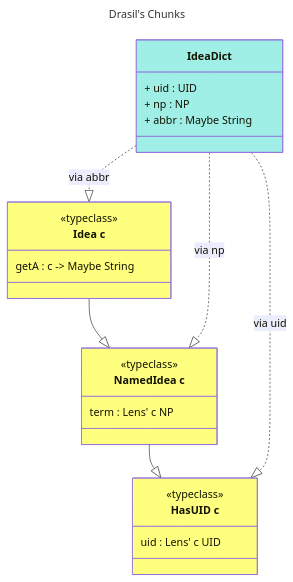
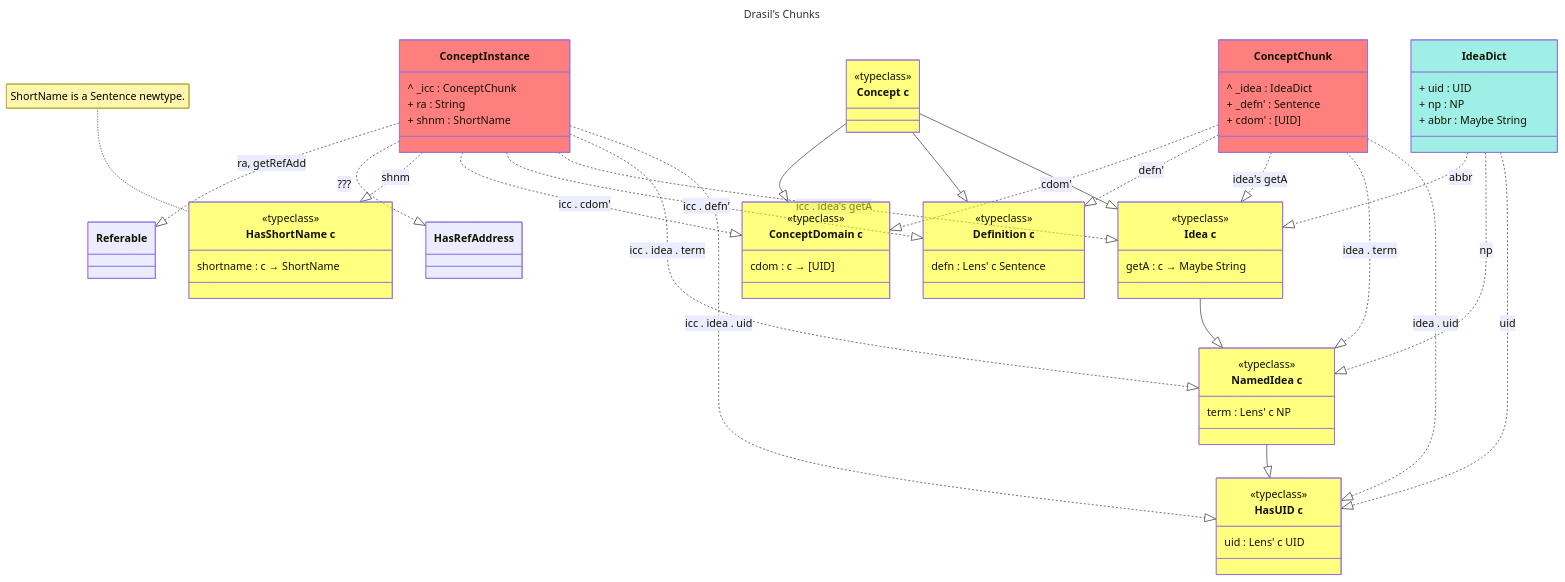
One commit to JacquesCarette/Drasil changed the diagram in People/Jason/chunk investigation/hierarchy.md. Above: the diagram before and after it, drawn with Mermaid. The commit also changed other lines of this file, not shown here.

Commit message:
Update hierarchy.md w/ Concept+ShortName

````diff
--- a/People/Jason/chunk investigation/hierarchy.md
+++ b/People/Jason/chunk investigation/hierarchy.md
@@ -20,6 +20,10 @@
     hideEmptyMembersBox
 ---
 classDiagram
+    %%%%%%%%%%%%%%%%%%%%%%%%%%%%%%%%%%%%%%%%%%%%%%%%%%%%%%%%%%%%%%%%%%%%%%%%%%%
+    %% Drasil.Language.Idea
+    %%%%%%%%%%%%%%%%%%%%%%%%%%%%%%%%%%%%%%%%%%%%%%%%%%%%%%%%%%%%%%%%%%%%%%%%%%%
+
     class HasUID["HasUID c"] {
         <<typeclass>>
         uid : Lens' c UID
@@ -35,7 +39,7 @@
 
     class Idea["Idea c"] {
         <<typeclass>>
-        getA : c -> Maybe String
+        getA : c → Maybe String
     }
     style Idea fill:yellow,fill-opacity:0.5
     Idea --|> NamedIdea
@@ -45,11 +49,70 @@
         + np : NP
         + abbr : Maybe String
     }
-    IdeaDict ..|> HasUID : via uid
-    IdeaDict ..|> NamedIdea : via np
-    IdeaDict ..|> Idea : via abbr
+    IdeaDict ..|> HasUID : uid
+    IdeaDict ..|> NamedIdea : np
+    IdeaDict ..|> Idea : abbr
     style IdeaDict fill:turquoise,fill-opacity:0.5
     
+    %%%%%%%%%%%%%%%%%%%%%%%%%%%%%%%%%%%%%%%%%%%%%%%%%%%%%%%%%%%%%%%%%%%%%%%%%%%
+    %% Drasil.Language.ShortName
+    %%%%%%%%%%%%%%%%%%%%%%%%%%%%%%%%%%%%%%%%%%%%%%%%%%%%%%%%%%%%%%%%%%%%%%%%%%%
+
+    class HasShortName["HasShortName c"] {
+        <<typeclass>>
+        shortname : c → ShortName
+    }
+    style HasShortName fill:yellow,fill-opacity:0.5
+    note for HasShortName "ShortName is a Sentence newtype."
     
+    %%%%%%%%%%%%%%%%%%%%%%%%%%%%%%%%%%%%%%%%%%%%%%%%%%%%%%%%%%%%%%%%%%%%%%%%%%%
+    %% Drasil.Language.Concept
+    %%%%%%%%%%%%%%%%%%%%%%%%%%%%%%%%%%%%%%%%%%%%%%%%%%%%%%%%%%%%%%%%%%%%%%%%%%%
 
+    class Definition["Definition c"] {
+        <<typeclass>>
+        defn : Lens' c Sentence
+    }
+    style Definition fill:yellow,fill-opacity:0.5
+
+    class ConceptDomain["ConceptDomain c"] {
+        <<typeclass>>
+        cdom : c → [UID]
+    }
+    style ConceptDomain fill:yellow,fill-opacity:0.5
+
+    class Concept["Concept c"] {
+        <<typeclass>>
+    }
+    Concept --|> Idea
+    Concept --|> Definition
+    Concept --|> ConceptDomain
+    style Concept fill:yellow,fill-opacity:0.5
+
+    class ConceptChunk {
+        ^ _idea : IdeaDict
+        + _defn' : Sentence
+        + cdom' : [UID]
+    }
+    style ConceptChunk fill:red,fill-opacity:0.5
+    ConceptChunk ..|> HasUID : idea . uid
+    ConceptChunk ..|> NamedIdea : idea . term
+    ConceptChunk ..|> Idea : idea's getA
+    ConceptChunk ..|> Definition : defn'
+    ConceptChunk ..|> ConceptDomain : cdom'
+
+    class ConceptInstance {
+        ^ _icc : ConceptChunk
+        + ra : String
+        + shnm : ShortName
+    }
+    style ConceptInstance fill:red,fill-opacity:0.5
+    ConceptInstance ..|> HasUID : icc . idea . uid
+    ConceptInstance ..|> NamedIdea : icc . idea . term
+    ConceptInstance ..|> Idea : icc . idea's getA
+    ConceptInstance ..|> Definition : icc .  defn'
+    ConceptInstance ..|> ConceptDomain : icc . cdom'
+    ConceptInstance ..|> HasShortName : shnm
+    ConceptInstance ..|> HasRefAddress : ???
+    ConceptInstance ..|> Referable : ra, getRefAdd
 ```
````
